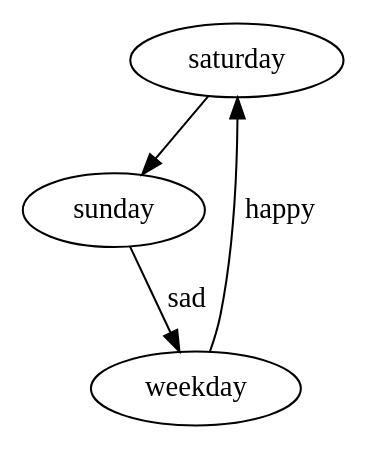
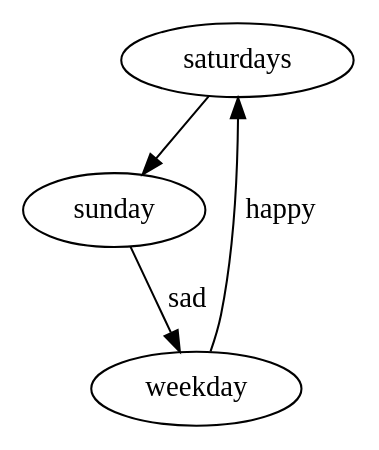
One commit to txts/txts changed the diagram in dot/dot1.dot. Above: the diagram before and after it, drawn with Graphviz. The commit also changed 2 other files, not shown here.

```diff
--- a/dot/dot1.dot
+++ b/dot/dot1.dot
@@ -1,6 +1,6 @@
 digraph {
-  saturday -> sunday 
+  saturdays -> sunday 
   sunday  -> weekday [label="sad"];
-  weekday -> saturday [label="happy"];
+  weekday -> saturdays [label="happy"];
   
 }
```
